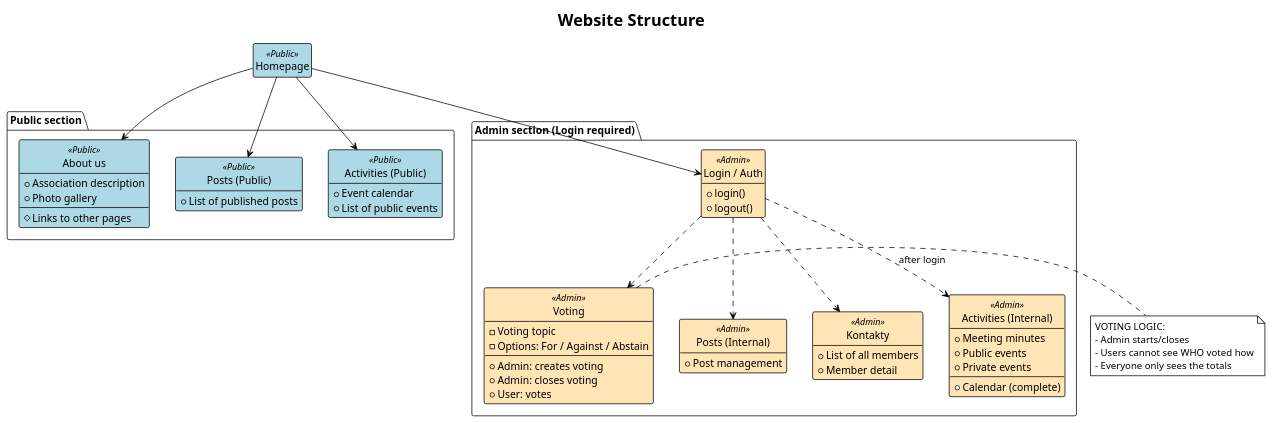
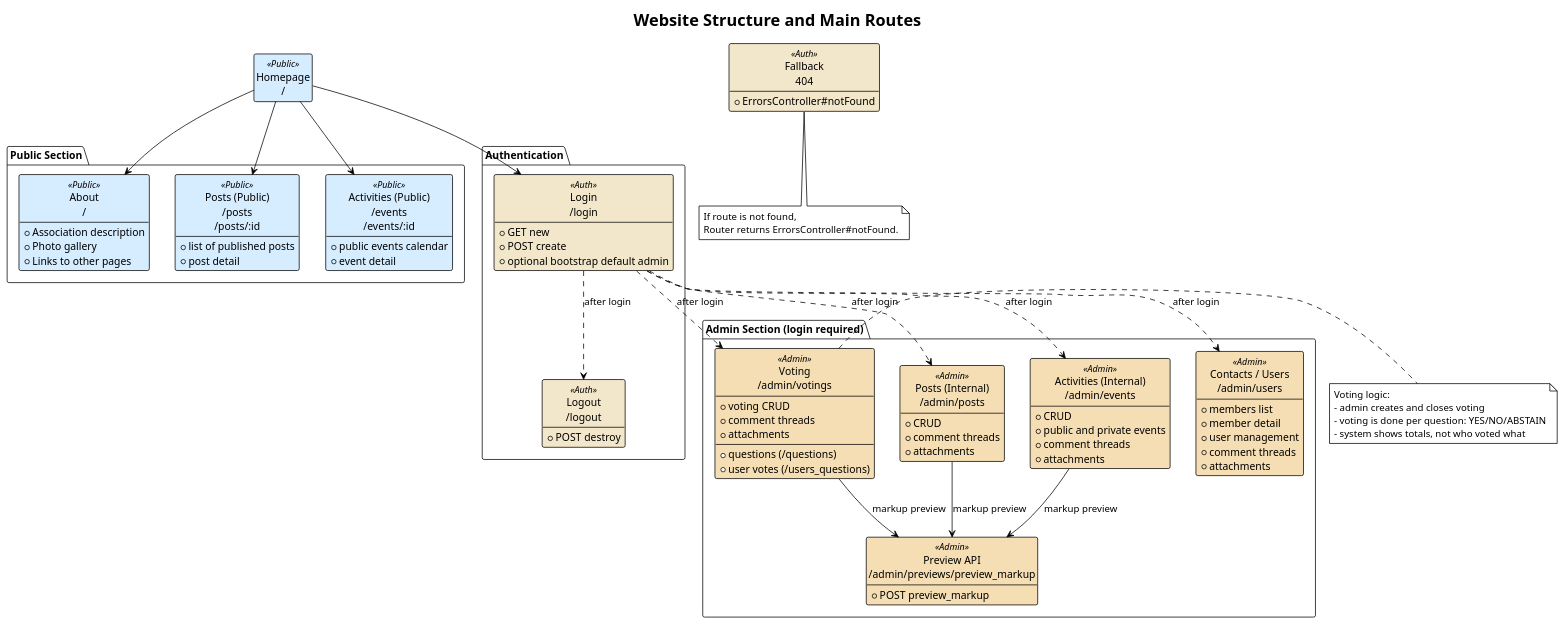
The diagram in docs/diagrams/sitemap.plantuml (jacky32/slovjani), drawn with PlantUML before and after one commit. The commit also changed 11 other files, not shown here.

Commit message:
Add diagrams

```diff
--- a/docs/diagrams/sitemap.plantuml
+++ b/docs/diagrams/sitemap.plantuml
@@ -1,89 +1,112 @@
 @startuml "Sitemap Diagram"
 !theme plain
 hide empty members
 hide circles
 
-' Style definitions for clarity
 skinparam class {
-    BackgroundColor<<Public>> LightBlue
-    BackgroundColor<<Admin>> Moccasin
     BorderColor Black
+    BackgroundColor<<Public>> #d6ecff
+    BackgroundColor<<Auth>> #f3e7cb
+    BackgroundColor<<Admin>> #f5deb3
 }
 
-title Website Structure
+title Website Structure and Main Routes
 
-' Main navigation hub
-class "Homepage" as Home <<Public>>
+class "Homepage\n/" as Home <<Public>>
 
-' --- PUBLIC SECTION ---
-package "Public section" {
-    class "About us" as Onas <<Public>> {
+package "Public Section" {
+    class "About\n/" as PublicHome <<Public>> {
         + Association description
         + Photo gallery
-        --
-        # Links to other pages
+        + Links to other pages
     }
 
-    class "Posts (Public)" as PostsPub <<Public>> {
-        + List of published posts
+    class "Posts (Public)\n/posts\n/posts/:id" as PublicPosts <<Public>> {
+        + list of published posts
+        + post detail
     }
 
-    class "Activities (Public)" as CinnostPub <<Public>> {
-        + Event calendar
-        + List of public events
+    class "Activities (Public)\n/events\n/events/:id" as PublicEvents <<Public>> {
+        + public events calendar
+        + event detail
     }
 }
 
-' --- ADMIN SECTION ---
-package "Admin section (Login required)" {
-    class "Login / Auth" as Login <<Admin>> {
-        + login()
-        + logout()
+package "Authentication" {
+    class "Login\n/login" as Login <<Auth>> {
+        + GET new
+        + POST create
+        + optional bootstrap default admin
     }
 
-    class "Posts (Internal)" as AdminPostsPage <<Admin>> {
-        + Post management
-    }
-
-    class "Kontakty" as Kontakty <<Admin>> {
-        + List of all members
-        + Member detail
-    }
-
-    class "Activities (Internal)" as CinnostPriv <<Admin>> {
-        + Meeting minutes
-        + Calendar (complete)
-        + Public events
-        + Private events
-    }
-
-    class "Voting" as Hlasovani <<Admin>> {
-        - Voting topic
-        - Options: For / Against / Abstain
-        --
-        + Admin: creates voting
-        + Admin: closes voting
-        + User: votes
+    class "Logout\n/logout" as Logout <<Auth>> {
+        + POST destroy
     }
 }
 
-' Vztahy a navigace
-Home --> Onas
-Home --> PostsPub
-Home --> CinnostPub
+package "Admin Section (login required)" {
+    class "Posts (Internal)\n/admin/posts" as AdminPosts <<Admin>> {
+        + CRUD
+        + comment threads
+        + attachments
+    }
+
+    class "Activities (Internal)\n/admin/events" as AdminEvents <<Admin>> {
+        + CRUD
+        + public and private events
+        + comment threads
+        + attachments
+    }
+
+    class "Voting\n/admin/votings" as AdminVotings <<Admin>> {
+        + voting CRUD
+        + questions (/questions)
+        + user votes (/users_questions)
+        + comment threads
+        + attachments
+    }
+
+    class "Contacts / Users\n/admin/users" as AdminUsers <<Admin>> {
+        + members list
+        + member detail
+        + user management
+        + comment threads
+        + attachments
+    }
+
+    class "Preview API\n/admin/previews/preview_markup" as AdminPreview <<Admin>> {
+        + POST preview_markup
+    }
+}
+
+class "Fallback\n404" as NotFound <<Auth>> {
+    + ErrorsController#notFound
+}
+
+Home --> PublicHome
+Home --> PublicPosts
+Home --> PublicEvents
 Home --> Login
 
-Login ..> CinnostPriv : after login
-Login ..> Hlasovani
-Login ..> Kontakty
-Login ..> AdminPostsPage
+Login ..> Logout : after login
+Login ..> AdminPosts : after login
+Login ..> AdminEvents : after login
+Login ..> AdminVotings : after login
+Login ..> AdminUsers : after login
+AdminPosts --> AdminPreview : markup preview
+AdminEvents --> AdminPreview : markup preview
+AdminVotings --> AdminPreview : markup preview
 
-' Notes for logic explanation
-note right of Hlasovani
-  VOTING LOGIC:
-  - Admin starts/closes
-  - Users cannot see WHO voted how
-  - Everyone only sees the totals
+note right of AdminVotings
+    Voting logic:
+    - admin creates and closes voting
+    - voting is done per question: YES/NO/ABSTAIN
+    - system shows totals, not who voted what
+end note
+
+note bottom of NotFound
+    If route is not found,
+    Router returns ErrorsController#notFound.
 end note
 
 @enduml
```
